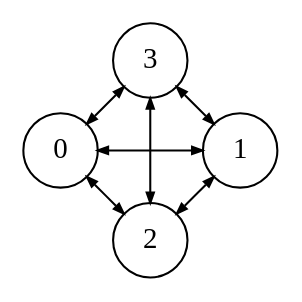
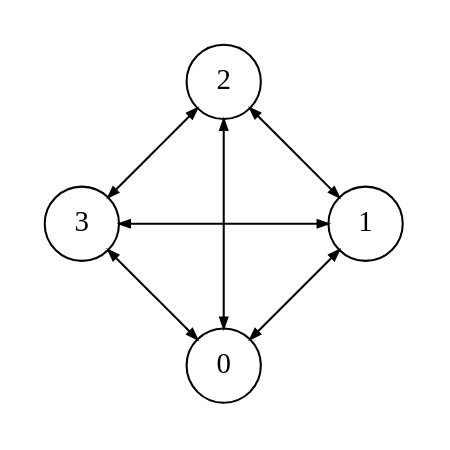
One commit to bsdrks/graaf-images changed the diagram in src/complete_4.dot. Above: the diagram before and after it, drawn with Graphviz. The commit also changed 20 other files, not shown here.

Commit message:
add `gen` graphs

```diff
--- a/src/complete_4.dot
+++ b/src/complete_4.dot
@@ -1,18 +1,18 @@
 digraph {
     node [shape=circle, fontname="Operator Mono"];
     edge [arrowsize=0.5];
-    layout=neato;
-    normalize=true;
+    layout=circo;
+    pad=0.2;
 
     0 [label="0"];
     1 [label="1"];
     2 [label="2"];
     3 [label="3"];
 
     0 -> 1 [dir="both"];
     0 -> 2 [dir="both"];
     0 -> 3 [dir="both"];
     1 -> 2 [dir="both"];
     1 -> 3 [dir="both"];
     2 -> 3 [dir="both"];
 }
```
